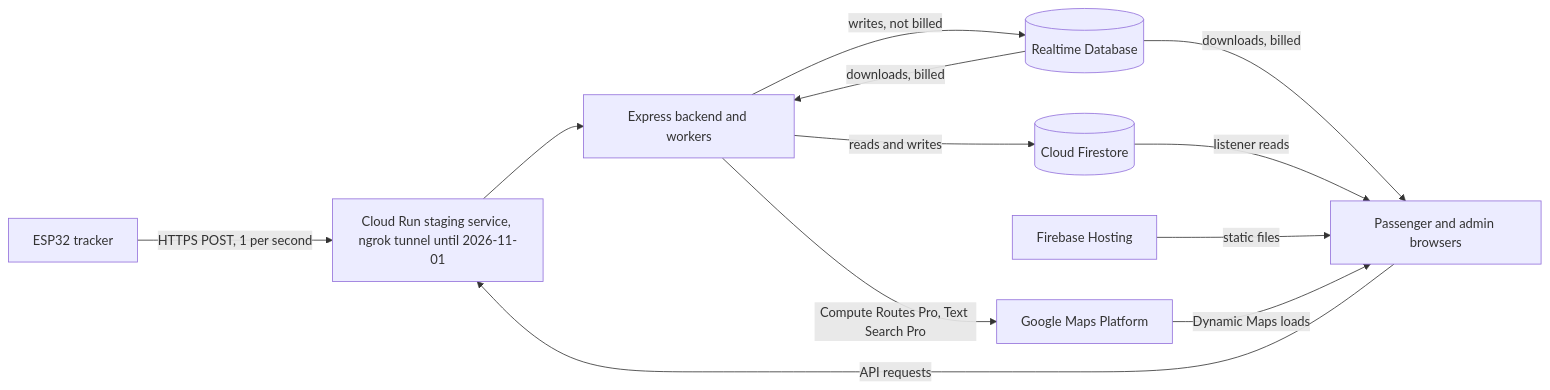
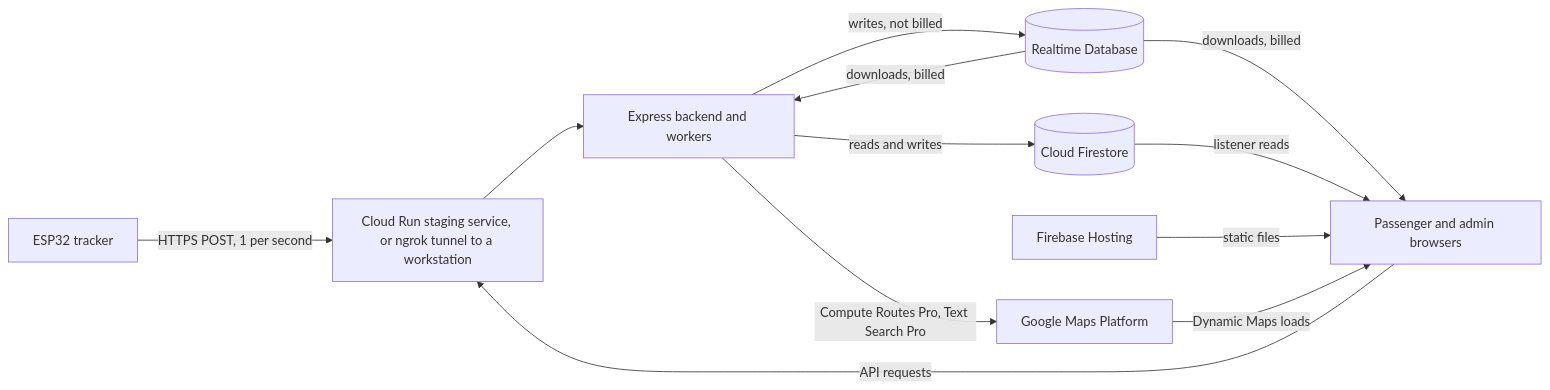
The diagram in docs/cost/COST_MODEL.md (notnamansinha/Eki), drawn with Mermaid before and after one commit. The commit also changed other lines of this file and 112 other files, not shown here.

````diff
--- a/docs/cost/COST_MODEL.md
+++ b/docs/cost/COST_MODEL.md
@@ -112,14 +113,14 @@
 ```mermaid
 flowchart LR
-  ESP[ESP32 tracker] -->|"HTTPS POST, 1 per second"| EDGE[Cloud Run staging service, ngrok tunnel until 2026-11-01]
+  ESP[ESP32 tracker] -->|"HTTPS POST, 1 per second"| EDGE[Cloud Run staging service, or ngrok tunnel to a workstation]
   EDGE --> API[Express backend and workers]
   API -->|"writes, not billed"| RTDB[(Realtime Database)]
   RTDB -->|"downloads, billed"| API
   API -->|"reads and writes"| FS[(Cloud Firestore)]
   API -->|"Compute Routes Pro, Text Search Pro"| GMP[Google Maps Platform]
   RTDB -->|"downloads, billed"| WEB[Passenger and admin browsers]
   FS -->|"listener reads"| WEB
   HOST[Firebase Hosting] -->|"static files"| WEB
   GMP -->|"Dynamic Maps loads"| WEB
   WEB -->|"API requests"| EDGE
 ```
````
